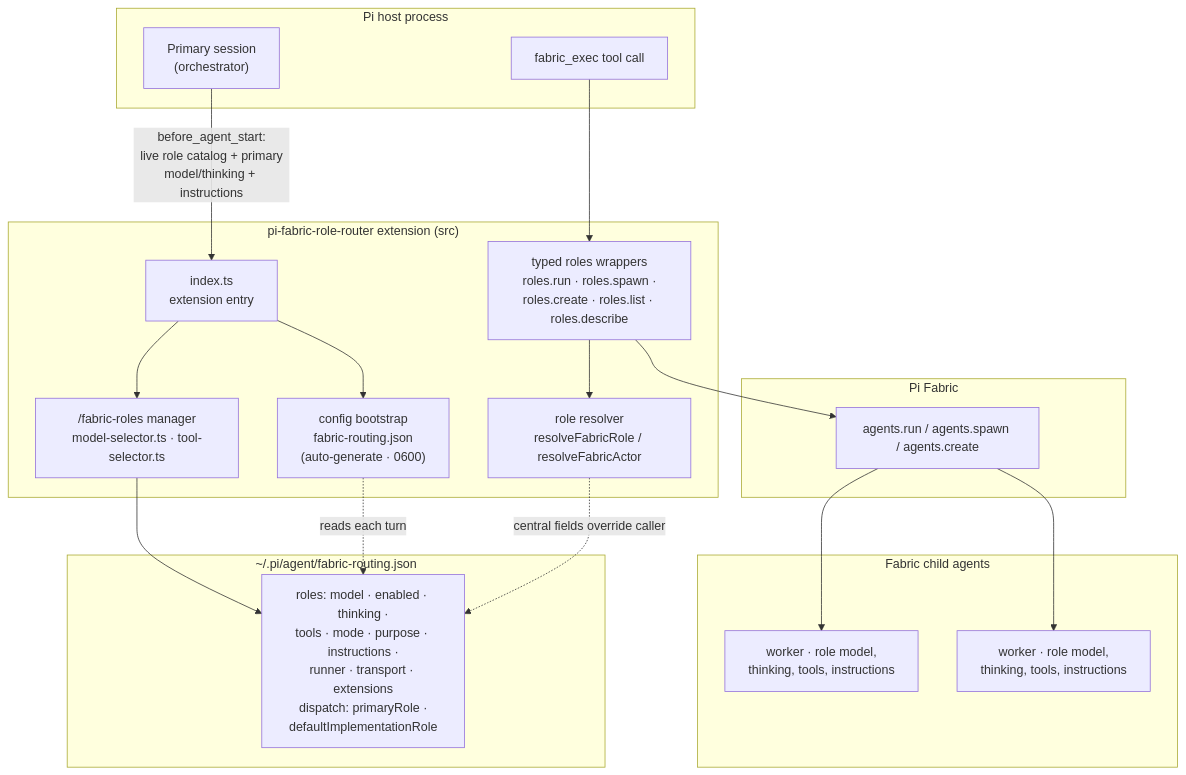
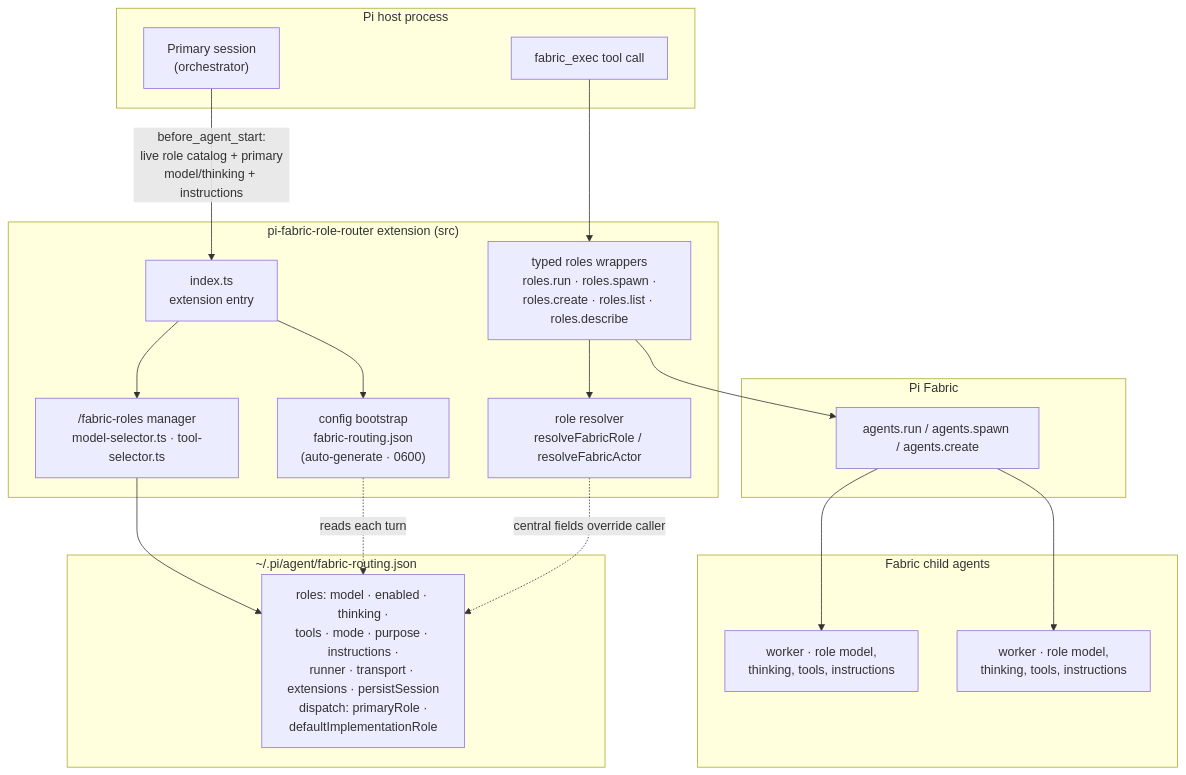
Before and after one commit to hazrid93/pi-fabric-role-router: the first of 5 diagrams in docs/architecture.md, drawn with Mermaid. The commit also changed other lines of this file and 7 other files, not shown here.

Commit message:
feat: enforce role session and recursion policy

````diff
--- a/docs/architecture.md
+++ b/docs/architecture.md
@@ -17,40 +17,40 @@
 ```mermaid
 flowchart TB
   subgraph Host["Pi host process"]
     ORCH["Primary session<br/>(orchestrator)"]
     FE["fabric_exec tool call"]
   end
 
   subgraph Ext["pi-fabric-role-router extension  (src)"]
     IDX["index.ts<br/>extension entry"]
     CFG["config bootstrap<br/>fabric-routing.json<br/>(auto-generate · 0600)"]
     RESOLVER["role resolver<br/>resolveFabricRole / resolveFabricActor"]
     ROLES["typed roles wrappers<br/>roles.run · roles.spawn ·<br/>roles.create · roles.list · roles.describe"]
     UI["/fabric-roles manager<br/>model-selector.ts · tool-selector.ts"]
   end
 
   subgraph Fabric["Pi Fabric"]
     AGENTS["agents.run / agents.spawn / agents.create"]
   end
 
   subgraph Children["Fabric child agents"]
     W1["worker · role model,<br/>thinking, tools, instructions"]
     W2["worker · role model,<br/>thinking, tools, instructions"]
   end
 
   subgraph Config["~/.pi/agent/fabric-routing.json"]
-    RJ["roles: model · enabled · thinking ·<br/>tools · mode · purpose · instructions ·<br/>runner · transport · extensions<br/>dispatch: primaryRole ·<br/>defaultImplementationRole"]
+    RJ["roles: model · enabled · thinking ·<br/>tools · mode · purpose · instructions ·<br/>runner · transport · extensions · persistSession<br/>dispatch: primaryRole ·<br/>defaultImplementationRole"]
   end
 
   IDX --> CFG
   IDX --> UI
   UI --> RJ
   CFG -.reads each turn.-> RJ
   ORCH -->|"before_agent_start:<br/>live role catalog + primary<br/>model/thinking + instructions"| IDX
   FE --> ROLES
   ROLES --> RESOLVER
   RESOLVER -.central fields override caller.-> RJ
   ROLES --> AGENTS
   AGENTS --> W1
   AGENTS --> W2
 ```
````
